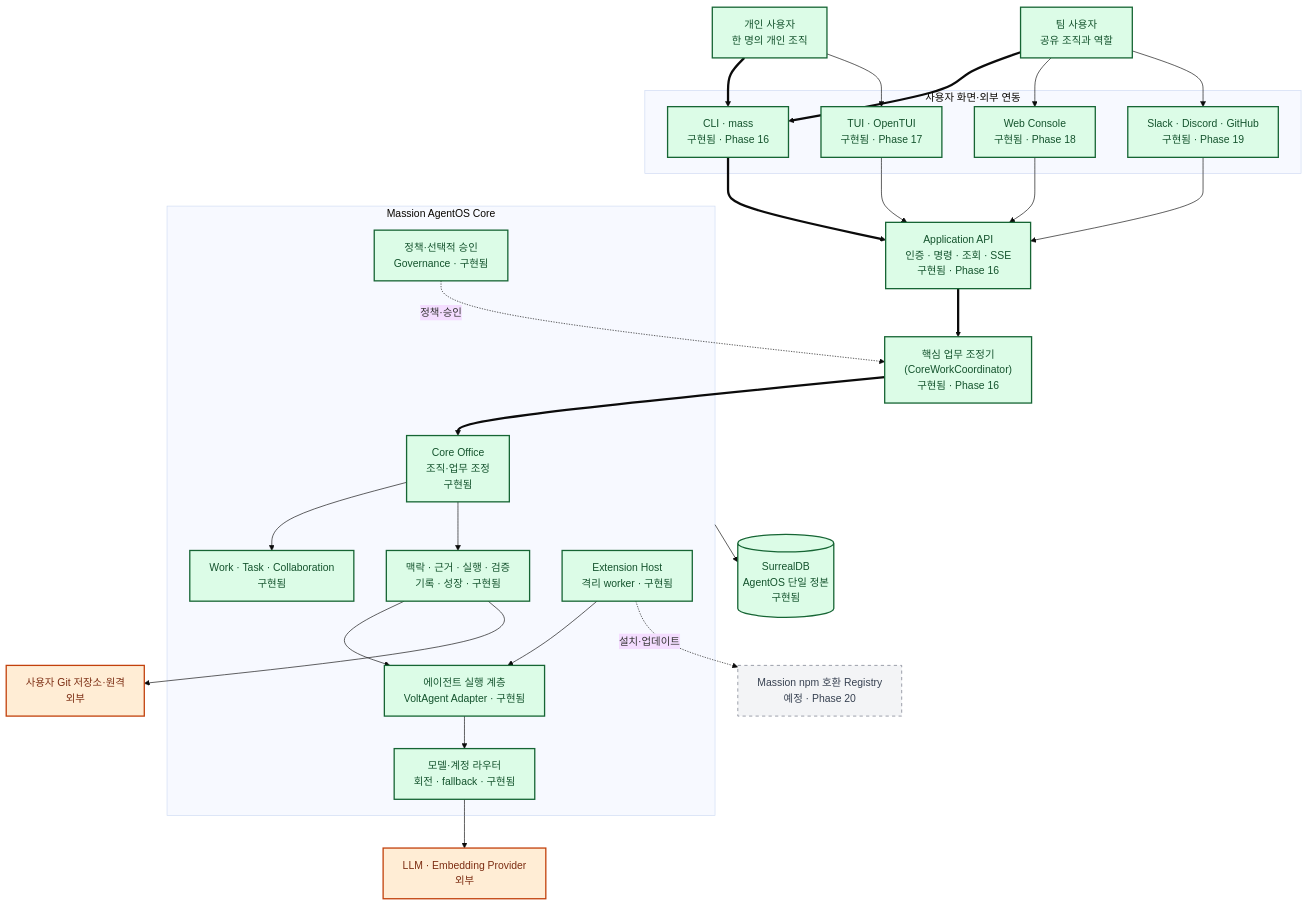
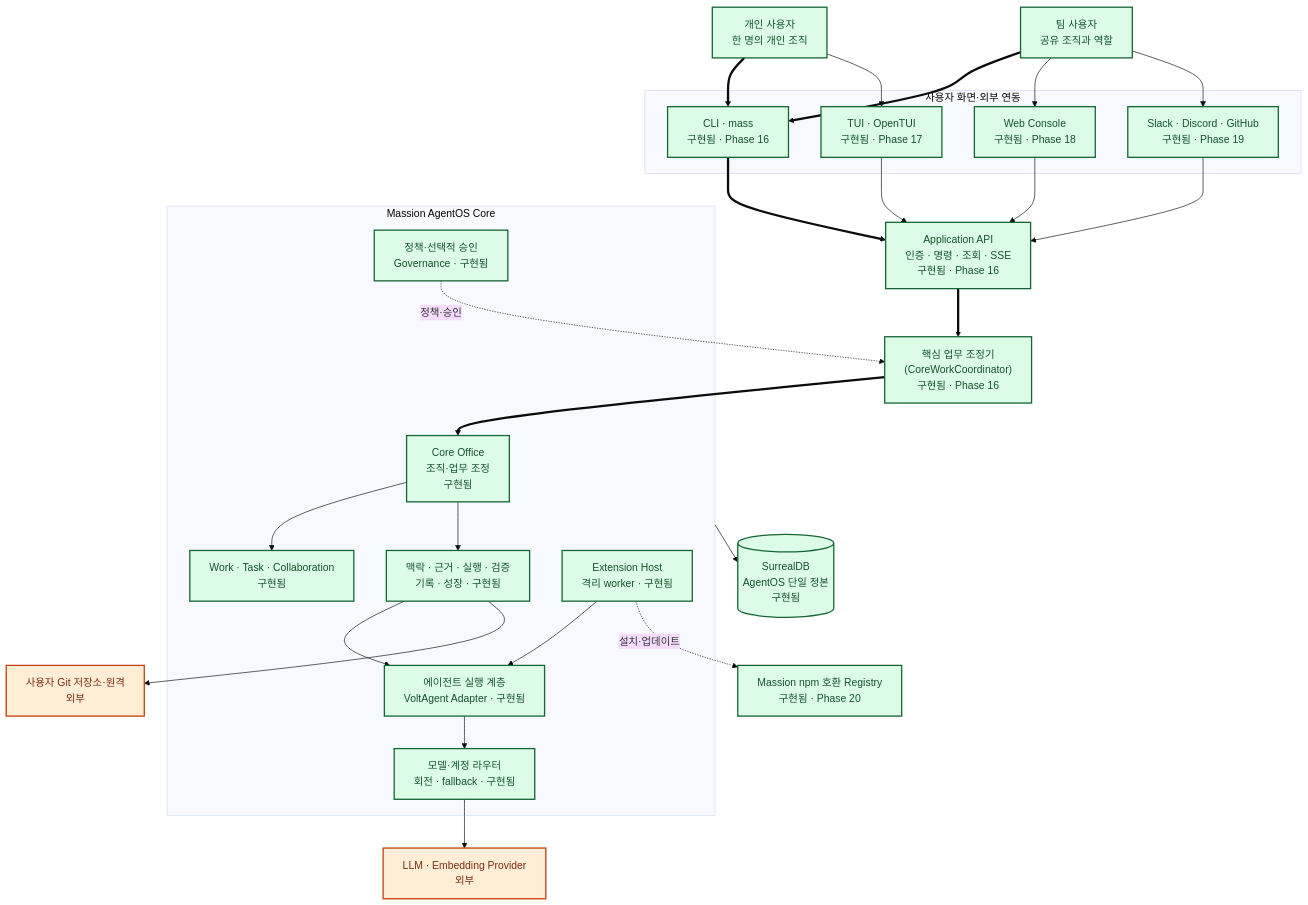
One commit to jabdori/massion changed the first of 10 diagrams in docs/architecture/README.md. Above: the diagram before and after it, drawn with Mermaid (base theme). The commit also changed other lines of this file, not shown here.

Commit message:
docs(phase-20): record registry marketplace review

````diff
--- a/docs/architecture/README.md
+++ b/docs/architecture/README.md
@@ -30,57 +30,57 @@
 ```mermaid
 flowchart TB
   classDef implemented fill:#dcfce7,stroke:#166534,color:#14532d,stroke-width:2px;
   classDef implementing fill:#dbeafe,stroke:#1d4ed8,color:#1e3a8a,stroke-width:3px;
   classDef planned fill:#f3f4f6,stroke:#6b7280,color:#374151,stroke-width:1px,stroke-dasharray:5 5;
   classDef external fill:#ffedd5,stroke:#c2410c,color:#7c2d12,stroke-width:2px;
 
   Person["개인 사용자<br/>한 명의 개인 조직"]:::implemented
   Team["팀 사용자<br/>공유 조직과 역할"]:::implemented
 
   subgraph Surfaces["사용자 화면·외부 연동"]
     CLI["CLI · mass<br/>구현됨 · Phase 16"]:::implemented
     TUI["TUI · OpenTUI<br/>구현됨 · Phase 17"]:::implemented
     Web["Web Console<br/>구현됨 · Phase 18"]:::implemented
     Channels["Slack · Discord · GitHub<br/>구현됨 · Phase 19"]:::implemented
   end
 
   API["Application API<br/>인증 · 명령 · 조회 · SSE<br/>구현됨 · Phase 16"]:::implemented
   Coordinator["핵심 업무 조정기<br/>(CoreWorkCoordinator)<br/>구현됨 · Phase 16"]:::implemented
 
   subgraph AgentOS["Massion AgentOS Core"]
     Office["Core Office<br/>조직·업무 조정<br/>구현됨"]:::implemented
     Work["Work · Task · Collaboration<br/>구현됨"]:::implemented
     Governance["정책·선택적 승인<br/>Governance · 구현됨"]:::implemented
     Intelligence["맥락 · 근거 · 실행 · 검증<br/>기록 · 성장 · 구현됨"]:::implemented
     Runtime["에이전트 실행 계층<br/>VoltAgent Adapter · 구현됨"]:::implemented
     Router["모델·계정 라우터<br/>회전 · fallback · 구현됨"]:::implemented
     ExtHost["Extension Host<br/>격리 worker · 구현됨"]:::implemented
   end
 
   DB[("SurrealDB<br/>AgentOS 단일 정본<br/>구현됨")]:::implemented
-  Registry["Massion npm 호환 Registry<br/>예정 · Phase 20"]:::planned
+  Registry["Massion npm 호환 Registry<br/>구현됨 · Phase 20"]:::implemented
   Providers["LLM · Embedding Provider<br/>외부"]:::external
   Git["사용자 Git 저장소·원격<br/>외부"]:::external
 
   Person ==> CLI
   Team ==> CLI
   Person --> TUI
   Team --> Web
   Team --> Channels
   CLI ==> API
   TUI --> API
   Web --> API
   Channels --> API
   API ==> Coordinator
   Coordinator ==> Office
   Office --> Work
   Governance -. "정책·승인" .-> Coordinator
   Office --> Intelligence
   Intelligence --> Runtime
   Runtime --> Router
   ExtHost --> Runtime
   AgentOS --> DB
   Router --> Providers
   ExtHost -. "설치·업데이트" .-> Registry
   Intelligence --> Git
 ```
````
